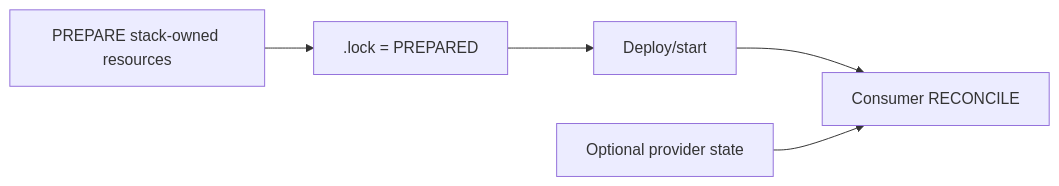
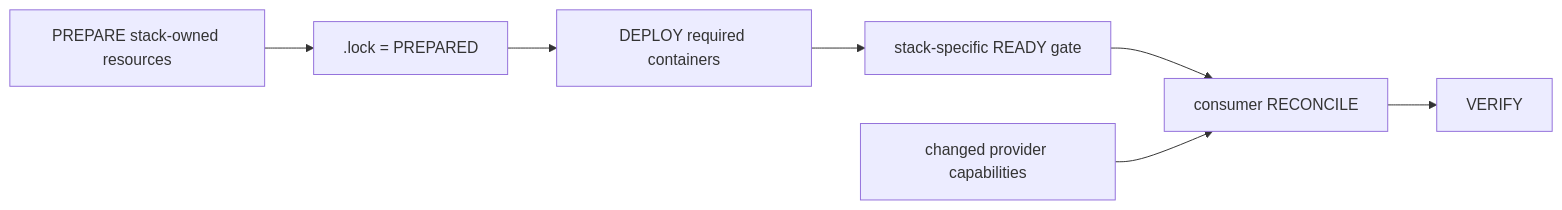
Before and after one commit to ea1het/local_hybrid_ai: the third of 3 diagrams in stack0_-_platform/README.md, drawn with Mermaid. The commit also changed other lines of this file, not shown here.

````diff
--- a/stack0_-_platform/README.md
+++ b/stack0_-_platform/README.md
@@ -95,7 +105,9 @@
 ```mermaid
 flowchart LR
     PREP[PREPARE stack-owned resources] --> LOCK[.lock = PREPARED]
-    LOCK --> RUN[Deploy/start]
-    RUN --> REC[Consumer RECONCILE]
-    PROV[Optional provider state] --> REC
+    LOCK --> RUN[DEPLOY required containers]
+    RUN --> READY[stack-specific READY gate]
+    READY --> REC[consumer RECONCILE]
+    PROV[changed provider capabilities] --> REC
+    REC --> VERIFY[VERIFY]
 ```
````
